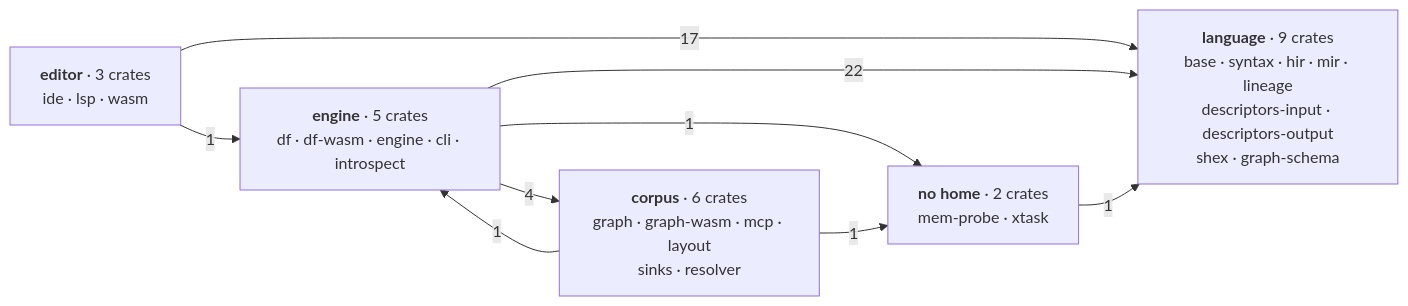
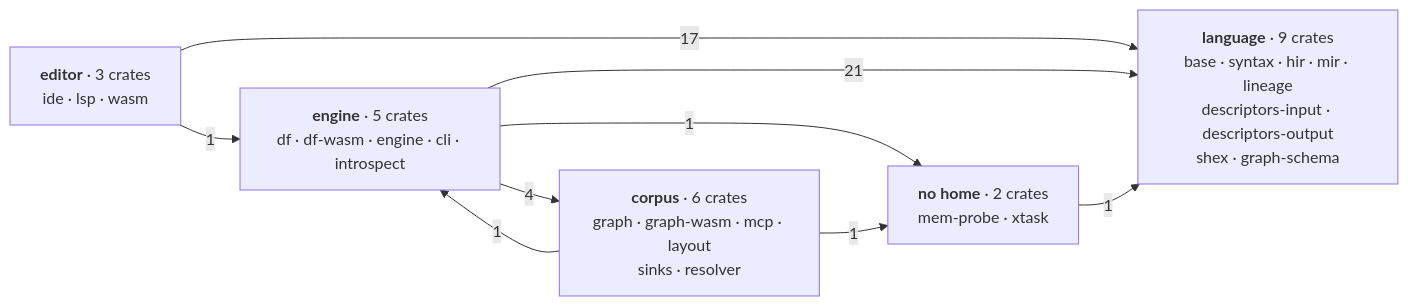
The first of 4 diagrams in apps/docs/content/docs/(root)/architecture.mdx (Kanzo-Tech/fossil-lang), drawn with Mermaid before and after one commit. The commit also changed other lines of this file, not shown here.

First line of the commit message:
docs(architecture): the census took an edge with it, so the arrow is 21

````diff
--- a/apps/docs/content/docs/(root)/architecture.mdx
+++ b/apps/docs/content/docs/(root)/architecture.mdx
@@ -14,17 +14,17 @@
 ```mermaid
 graph LR
   L["<b>language</b> · 9 crates<br/>base · syntax · hir · mir · lineage<br/>descriptors-input · descriptors-output<br/>shex · graph-schema"]
   E["<b>editor</b> · 3 crates<br/>ide · lsp · wasm"]
   M["<b>engine</b> · 5 crates<br/>df · df-wasm · engine · cli · introspect"]
   C["<b>corpus</b> · 6 crates<br/>graph · graph-wasm · mcp · layout<br/>sinks · resolver"]
   X["<b>no home</b> · 2 crates<br/>mem-probe · xtask"]
 
   E -->|17| L
   E -->|1| M
-  M -->|22| L
+  M -->|21| L
   M -->|4| C
   C -->|1| M
   X -->|1| L
   M -->|1| X
   C -->|1| X
 ```
````
